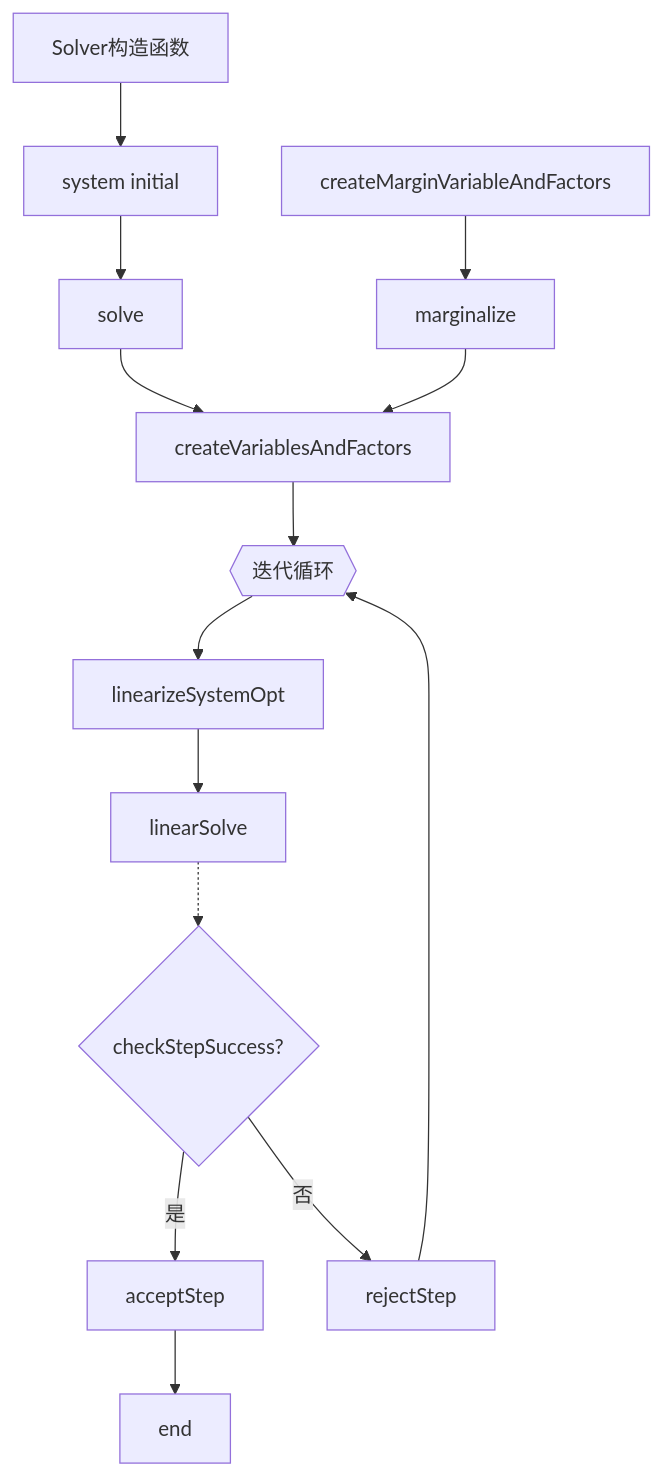
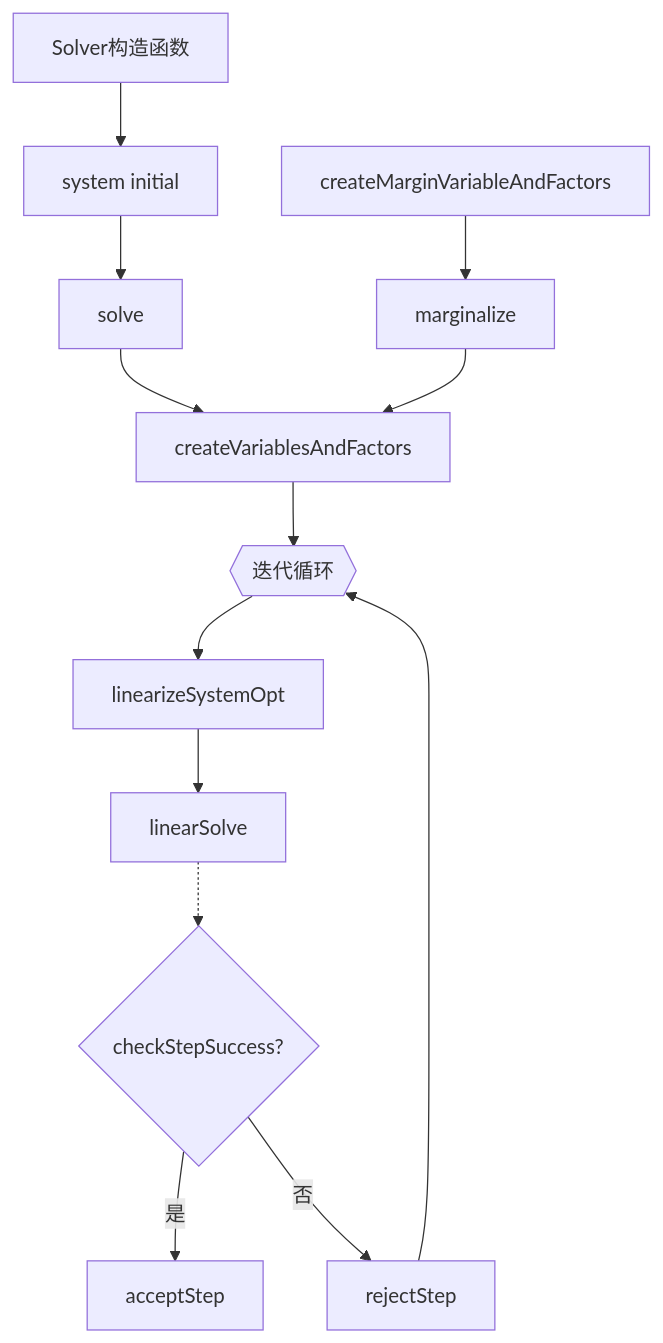
The diagram in all/未命名-2.md (huzixuan1/iodraw-files), drawn with Mermaid before and after one commit.

Commit message:
2025-04-17 14:15:14 update

````diff
--- a/all/未命名-2.md
+++ b/all/未命名-2.md
@@ -1,20 +1,19 @@
 ```mermaid
 graph TD
     A[Solver构造函数] --> B[system initial]
     B --> C[solve]
     C --> D[createVariablesAndFactors]
     D --> E{{迭代循环}}
     E --> F[linearizeSystemOpt]
     F --> G[linearSolve]
 
     %% 模拟“右边”分支
     G -.-> H{checkStepSuccess?}
     H -- 是 --> I[acceptStep]
     H -- 否 --> J[rejectStep]
-    I --> L[end]
     J --> E
 
     K[marginalize] --> D
     M[createMarginVariableAndFactors] --> K
 
 ```
````
